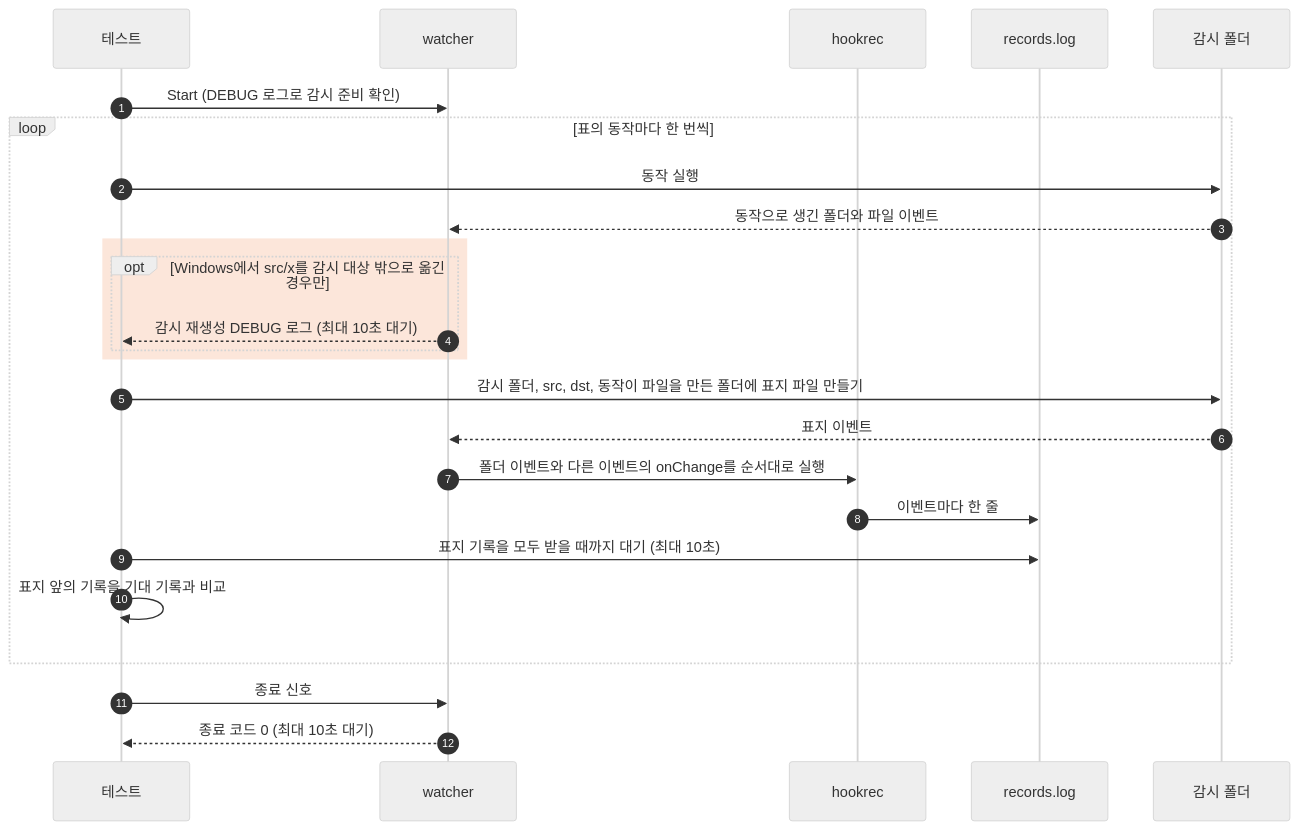
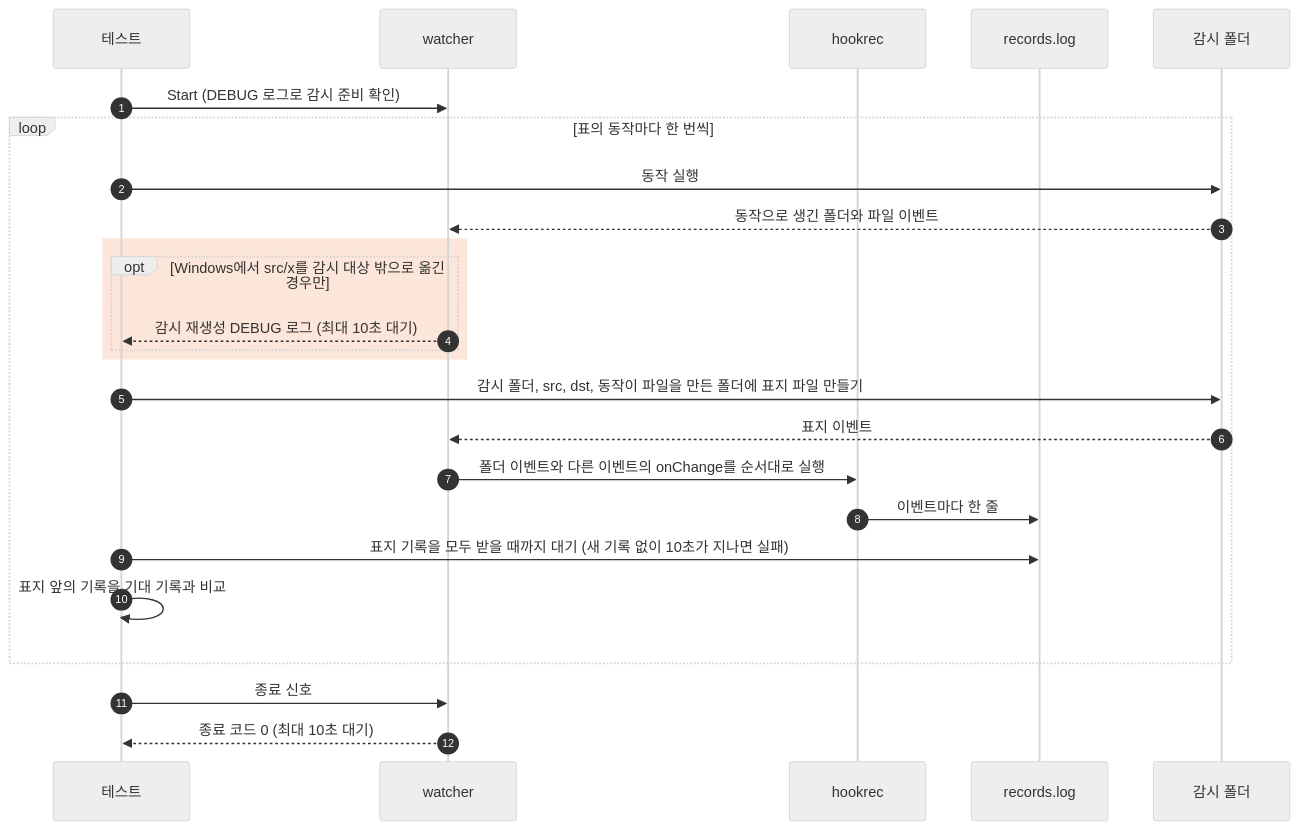
The diagram in e2e/docs/scenarios/folder-events.ko.md (seungyeop-lee/directory-watcher), drawn with Mermaid (neutral theme) before and after one commit. The commit also changed other lines of this file and 17 other files, not shown here.

````diff
--- a/e2e/docs/scenarios/folder-events.ko.md
+++ b/e2e/docs/scenarios/folder-events.ko.md
@@ -55,27 +55,27 @@
 ```mermaid
 sequenceDiagram
     autonumber
     participant testCode as 테스트
     participant watcherProc as watcher
     participant hookRec as hookrec
     participant recordFile as records.log
     participant watchDir as 감시 폴더
     testCode->>watcherProc: Start (DEBUG 로그로 감시 준비 확인)
     loop 표의 동작마다 한 번씩
         testCode->>watchDir: 동작 실행
         watchDir-->>watcherProc: 동작으로 생긴 폴더와 파일 이벤트
         rect rgba(234, 88, 12, 0.15)
             opt Windows에서 src/x를 감시 대상 밖으로 옮긴 경우만
                 watcherProc-->>testCode: 감시 재생성 DEBUG 로그 (최대 10초 대기)
             end
         end
         testCode->>watchDir: 감시 폴더, src, dst, 동작이 파일을 만든 폴더에 표지 파일 만들기
         watchDir-->>watcherProc: 표지 이벤트
         watcherProc->>hookRec: 폴더 이벤트와 다른 이벤트의 onChange를 순서대로 실행
         hookRec->>recordFile: 이벤트마다 한 줄
-        testCode->>recordFile: 표지 기록을 모두 받을 때까지 대기 (최대 10초)
+        testCode->>recordFile: 표지 기록을 모두 받을 때까지 대기 (새 기록 없이 10초가 지나면 실패)
         testCode->>testCode: 표지 앞의 기록을 기대 기록과 비교
     end
     testCode->>watcherProc: 종료 신호
     watcherProc-->>testCode: 종료 코드 0 (최대 10초 대기)
 ```
````
